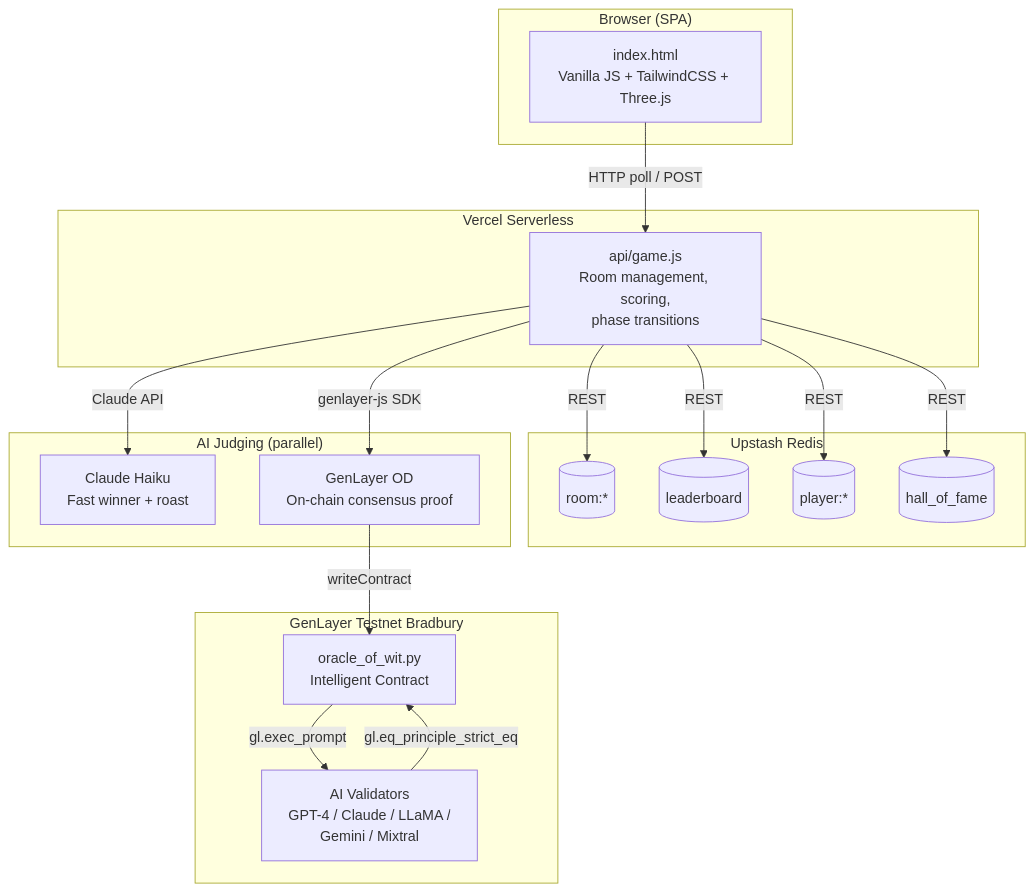
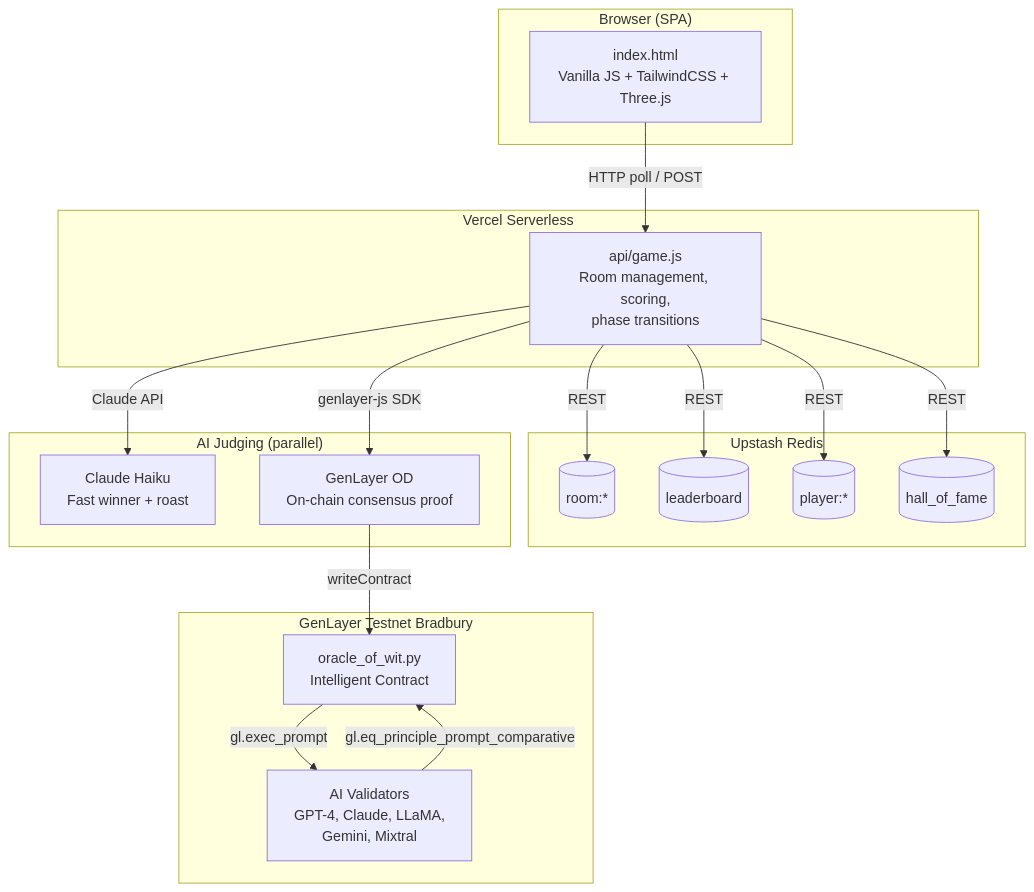
The diagram in README.md (Ridwannurudeen/oracle-of-wit), drawn with Mermaid before and after one commit. The commit also changed other lines of this file and 19 other files, not shown here.

First line of the commit message:
Harden Oracle of Wit: split architecture + security overhaul (7.5→9/10)

````diff
--- a/README.md
+++ b/README.md
@@ -101,38 +101,38 @@
 ```mermaid
 flowchart TB
     subgraph Client ["Browser (SPA)"]
         UI[index.html<br/>Vanilla JS + TailwindCSS + Three.js]
     end
 
     subgraph Vercel ["Vercel Serverless"]
         API[api/game.js<br/>Room management, scoring,<br/>phase transitions]
     end
 
     subgraph Storage ["Upstash Redis"]
         Rooms[(room:*)]
         LB[(leaderboard)]
         Players[(player:*)]
         HoF[(hall_of_fame)]
     end
 
     subgraph AI ["AI Judging (parallel)"]
         Claude[Claude Haiku<br/>Fast winner + roast]
         GL[GenLayer OD<br/>On-chain consensus proof]
     end
 
     subgraph GenLayer ["GenLayer Testnet Bradbury"]
         Contract[oracle_of_wit.py<br/>Intelligent Contract]
-        Validators[AI Validators<br/>GPT-4 / Claude / LLaMA /<br/>Gemini / Mixtral]
+        Validators[AI Validators<br/>GPT-4, Claude, LLaMA,<br/>Gemini, Mixtral]
     end
 
     UI -- "HTTP poll / POST" --> API
     API -- "REST" --> Rooms
     API -- "REST" --> LB
     API -- "REST" --> Players
     API -- "REST" --> HoF
     API -- "Claude API" --> Claude
     API -- "genlayer-js SDK" --> GL
     GL -- "writeContract" --> Contract
     Contract -- "gl.exec_prompt" --> Validators
-    Validators -- "gl.eq_principle_strict_eq" --> Contract
+    Validators -- "gl.eq_principle_prompt_comparative" --> Contract
 ```
````
